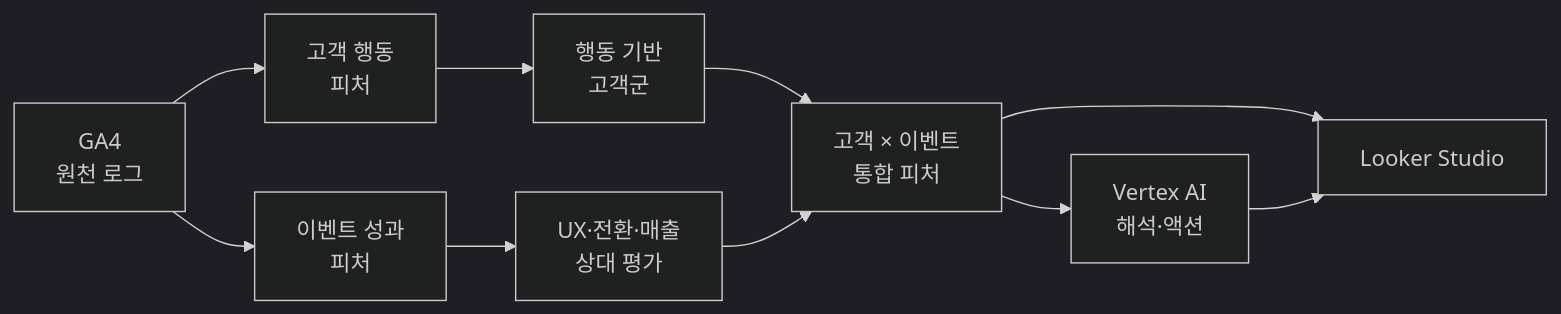
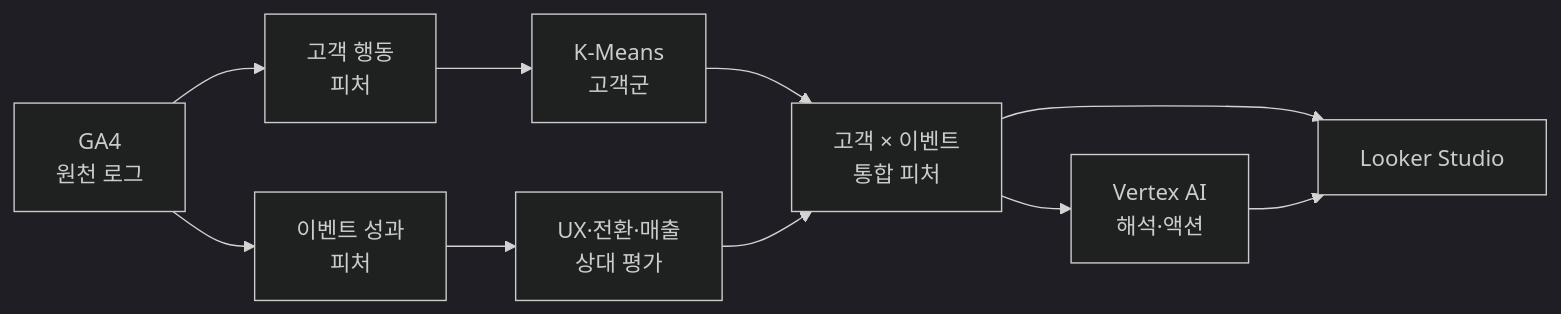
Before and after one commit to qkrwlfjddl/Marketing-KPI-AI-Insight: the diagram in README.md, drawn with Mermaid (dark theme). The commit also changed other lines of this file, not shown here.

````diff
--- a/README.md
+++ b/README.md
@@ -55,12 +74,12 @@
 ```mermaid
 flowchart LR
     A["GA4<br/>원천 로그"] --> B["고객 행동<br/>피처"]
     A --> C["이벤트 성과<br/>피처"]
-    B --> D["행동 기반<br/>고객군"]
+    B --> D["K-Means<br/>고객군"]
     C --> E["UX·전환·매출<br/>상대 평가"]
     D --> F["고객 × 이벤트<br/>통합 피처"]
     E --> F
     F --> G["Vertex AI<br/>해석·액션"]
     F --> H["Looker Studio"]
     G --> H
 ```
````
